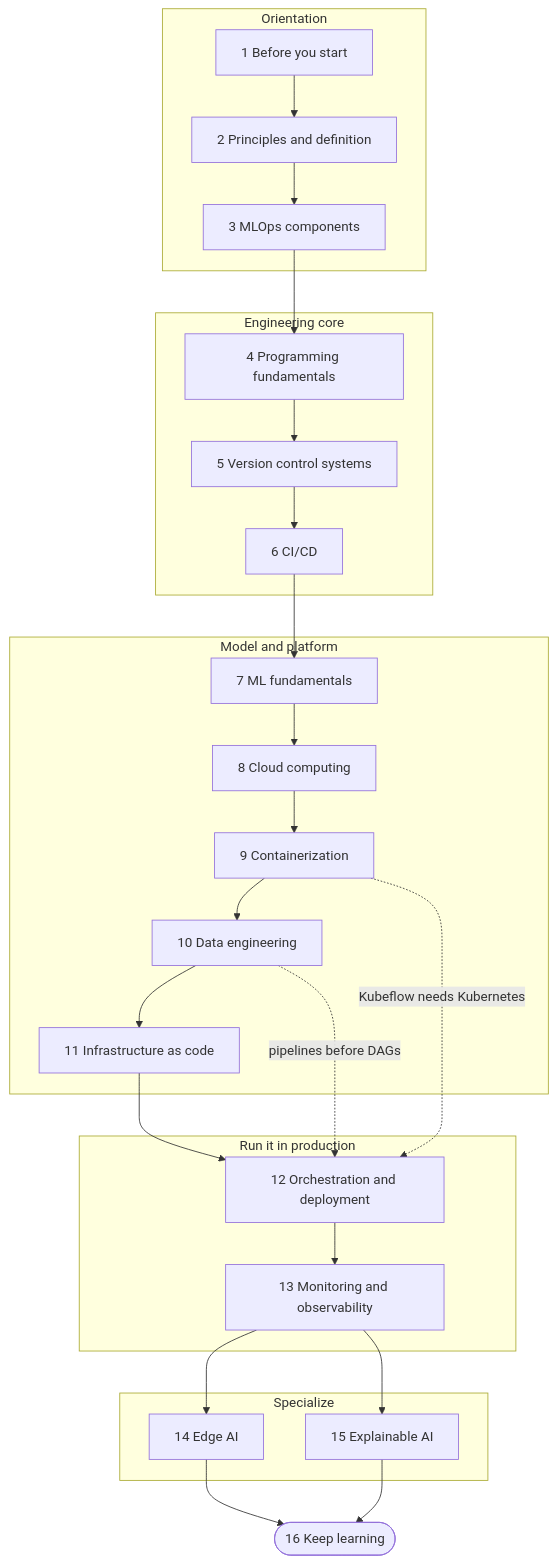
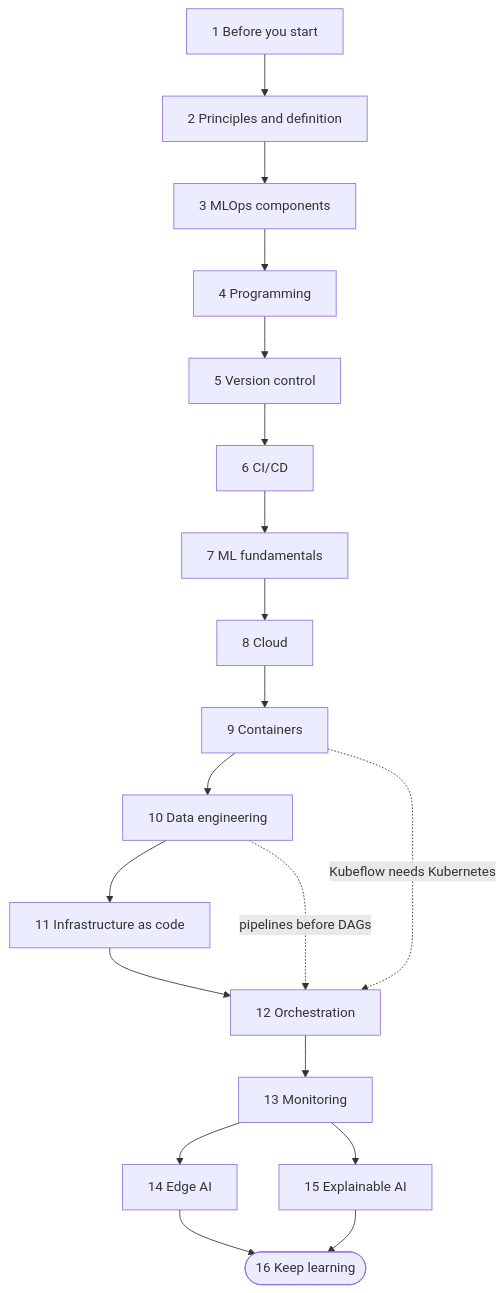
The diagram in Roadmaps/mlops-roadmap.md (pravin-python/Complete-Beginner-s-Guide-to-AI-and-Machine-Learning), drawn with Mermaid before and after one commit. The commit also changed other lines of this file and 3 other files, not shown here.

Commit message:
feat: add roadmap documents for machine learning, MLOps, DevOps, and navigation overview

````diff
--- a/Roadmaps/mlops-roadmap.md
+++ b/Roadmaps/mlops-roadmap.md
@@ -62,35 +62,11 @@
 ```mermaid
 flowchart TD
-    subgraph ORI["Orientation"]
-        S1["1 Before you start"] --> S2["2 Principles and definition"]
-        S2 --> S3["3 MLOps components"]
-    end
-    subgraph ENG["Engineering core"]
-        S4["4 Programming fundamentals"] --> S5["5 Version control systems"]
-        S5 --> S6["6 CI/CD"]
-    end
-    subgraph PLT["Model and platform"]
-        S7["7 ML fundamentals"] --> S8["8 Cloud computing"]
-        S8 --> S9["9 Containerization"]
-        S9 --> S10["10 Data engineering"]
-        S10 --> S11["11 Infrastructure as code"]
-    end
-    subgraph RUN["Run it in production"]
-        S12["12 Orchestration and deployment"] --> S13["13 Monitoring and observability"]
-    end
-    subgraph SPC["Specialize"]
-        S14["14 Edge AI"]
-        S15["15 Explainable AI"]
-    end
-    S16(["16 Keep learning"])
-
-    S3 --> S4
-    S6 --> S7
-    S11 --> S12
-    S13 --> S14
-    S13 --> S15
-    S14 --> S16
-    S15 --> S16
+    S1["1 Before you start"] --> S2["2 Principles and definition"] --> S3["3 MLOps components"]
+    S3 --> S4["4 Programming"] --> S5["5 Version control"] --> S6["6 CI/CD"] --> S7["7 ML fundamentals"]
+    S7 --> S8["8 Cloud"] --> S9["9 Containers"] --> S10["10 Data engineering"] --> S11["11 Infrastructure as code"]
+    S11 --> S12["12 Orchestration"] --> S13["13 Monitoring"]
+    S13 --> S14["14 Edge AI"] --> S16(["16 Keep learning"])
+    S13 --> S15["15 Explainable AI"] --> S16
     S9 -.->|"Kubeflow needs Kubernetes"| S12
     S10 -.->|"pipelines before DAGs"| S12
 ```
````
